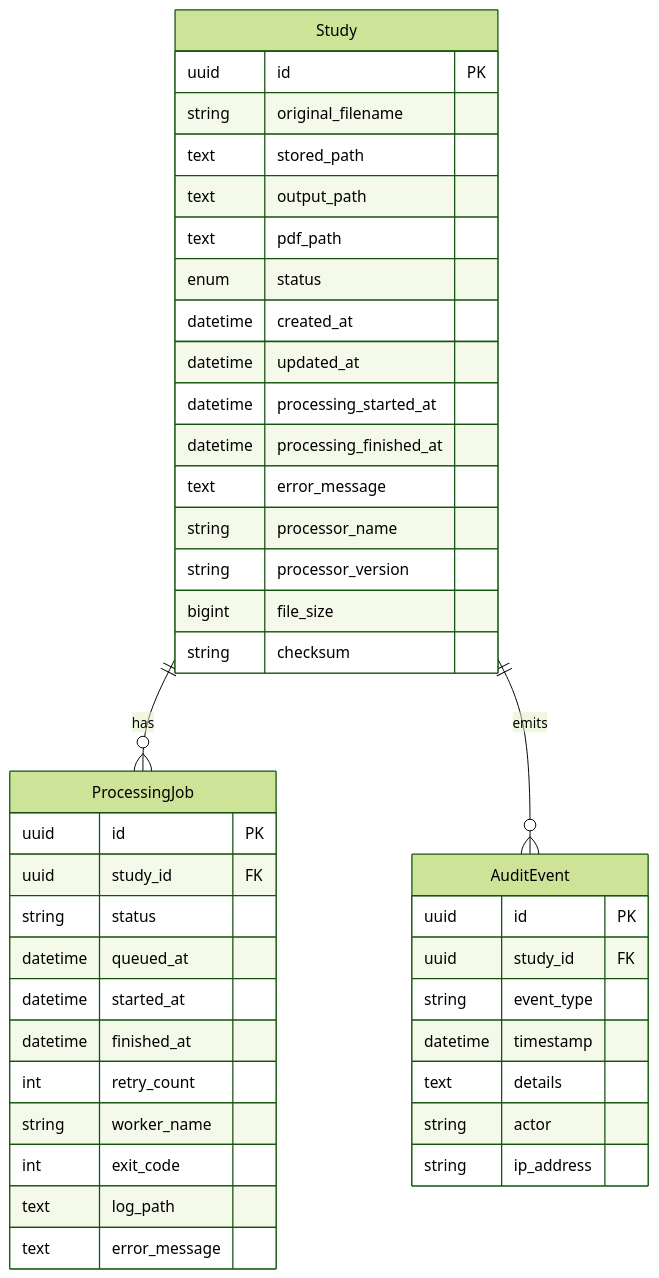
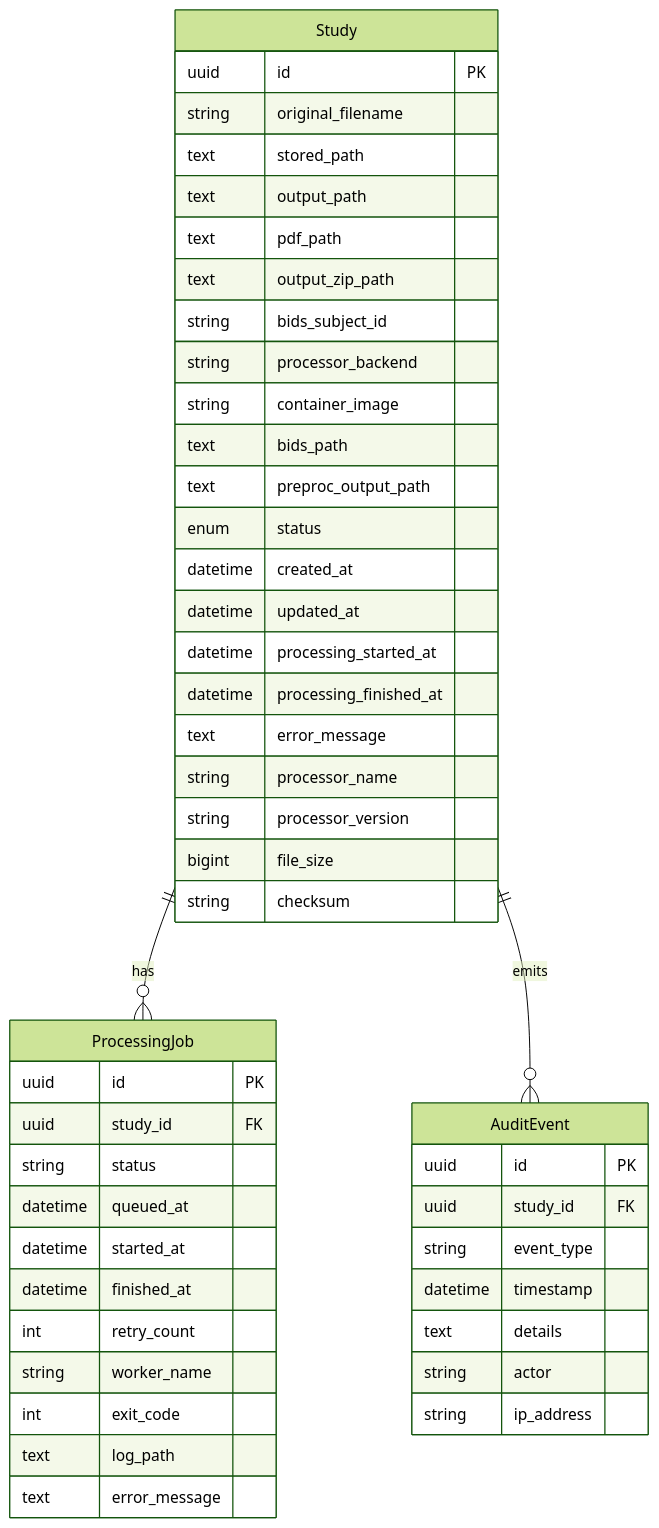
Before and after one commit to suhartx/neuroimagen-server-biocruces: the second of 4 diagrams in docs/architecture.md, drawn with Mermaid (forest theme). The commit also changed other lines of this file and 38 other files, not shown here.

````diff
--- a/docs/architecture.md
+++ b/docs/architecture.md
@@ -48,44 +53,50 @@
 ```mermaid
 erDiagram
   Study ||--o{ ProcessingJob : has
   Study ||--o{ AuditEvent : emits
   Study {
     uuid id PK
     string original_filename
     text stored_path
     text output_path
     text pdf_path
+    text output_zip_path
+    string bids_subject_id
+    string processor_backend
+    string container_image
+    text bids_path
+    text preproc_output_path
     enum status
     datetime created_at
     datetime updated_at
     datetime processing_started_at
     datetime processing_finished_at
     text error_message
     string processor_name
     string processor_version
     bigint file_size
     string checksum
   }
   ProcessingJob {
     uuid id PK
     uuid study_id FK
     string status
     datetime queued_at
     datetime started_at
     datetime finished_at
     int retry_count
     string worker_name
     int exit_code
     text log_path
     text error_message
   }
   AuditEvent {
     uuid id PK
     uuid study_id FK
     string event_type
     datetime timestamp
     text details
     string actor
     string ip_address
   }
 ```
````
